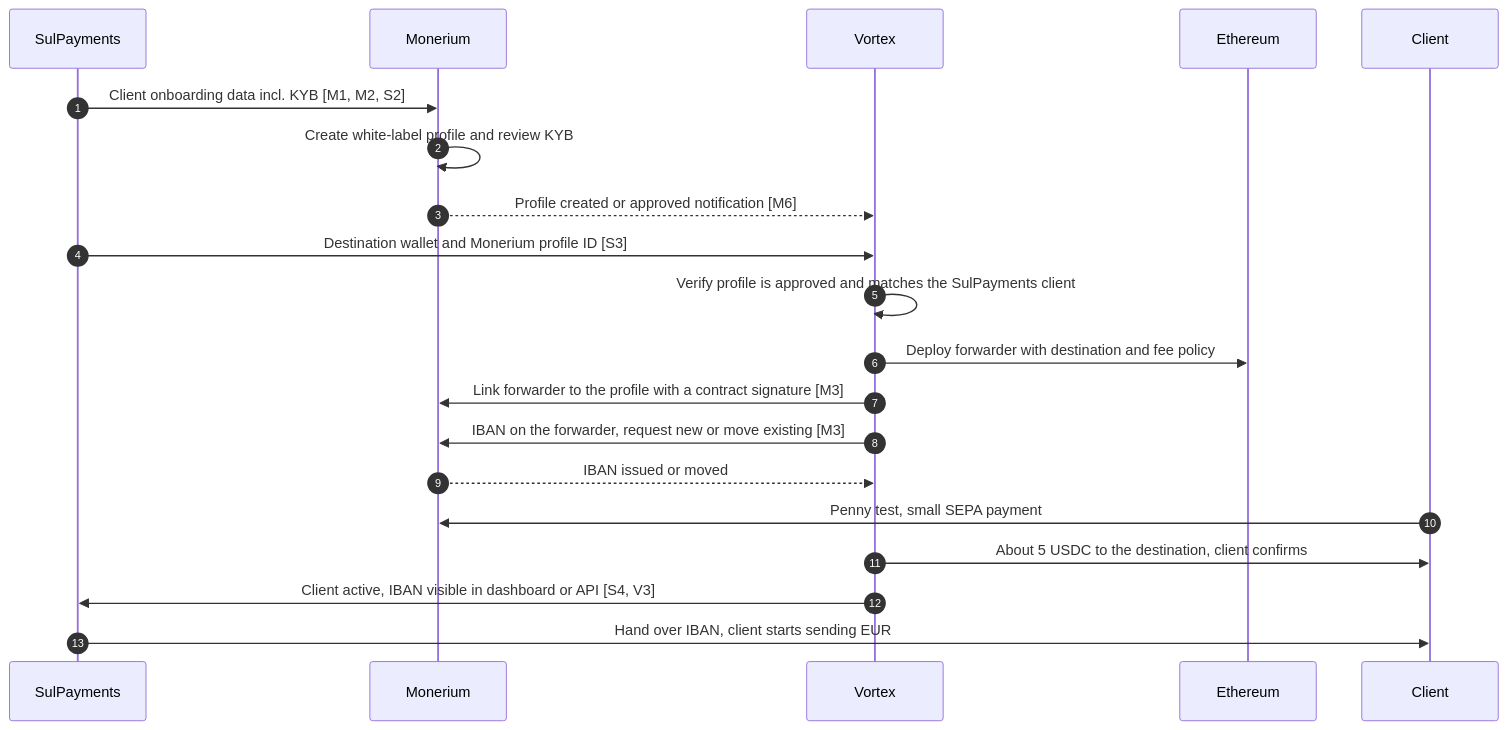
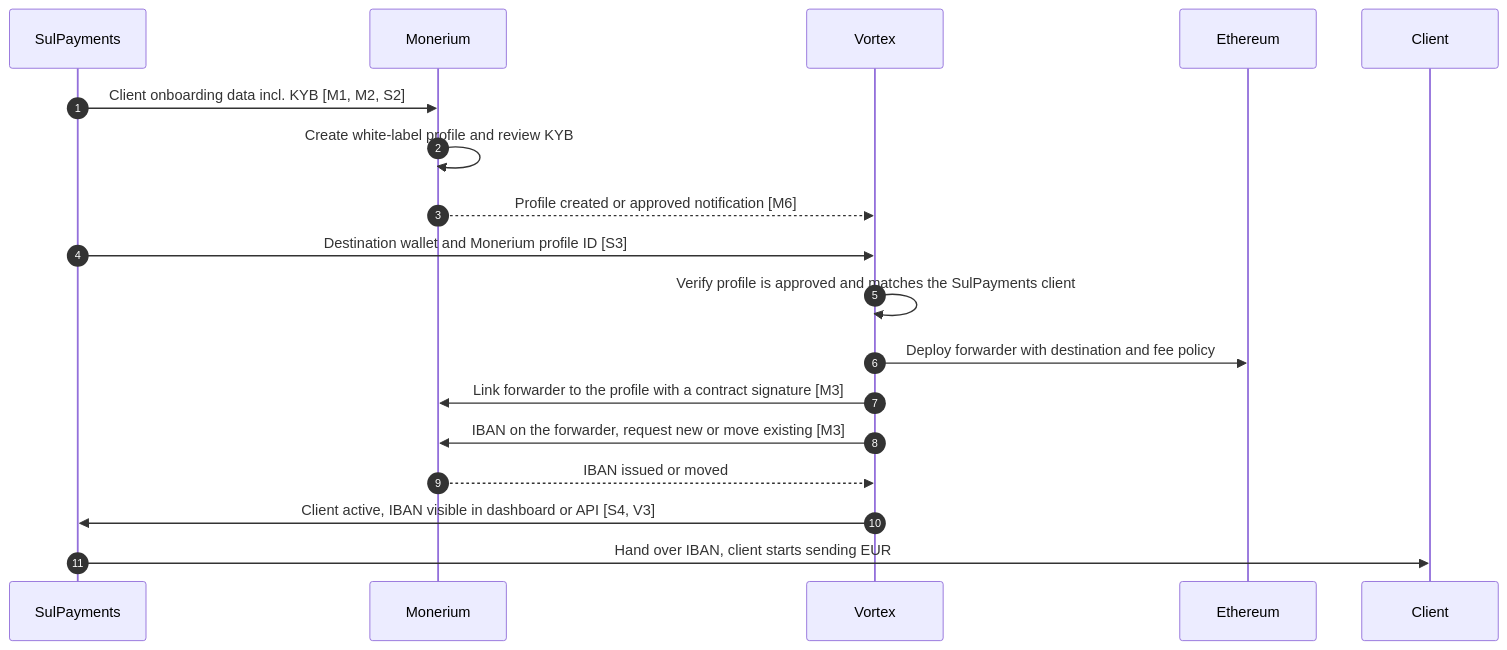
The second of 6 diagrams in docs/product-monerium-b2b-flow.md (pendulum-chain/vortex), drawn with Mermaid before and after one commit. The commit also changed other lines of this file and 7 other files, not shown here.

First line of the commit message:
docs(repo): make the Monerium B2B penny test optional

````diff
--- a/docs/product-monerium-b2b-flow.md
+++ b/docs/product-monerium-b2b-flow.md
@@ -114,23 +112,21 @@
 ```mermaid
 sequenceDiagram
     autonumber
     participant SP as SulPayments
     participant M as Monerium
     participant V as Vortex
     participant C as Ethereum
     participant CL as Client
 
     SP->>M: Client onboarding data incl. KYB [M1, M2, S2]
     M->>M: Create white-label profile and review KYB
     M-->>V: Profile created or approved notification [M6]
     SP->>V: Destination wallet and Monerium profile ID [S3]
     V->>V: Verify profile is approved and matches the SulPayments client
     V->>C: Deploy forwarder with destination and fee policy
     V->>M: Link forwarder to the profile with a contract signature [M3]
     V->>M: IBAN on the forwarder, request new or move existing [M3]
     M-->>V: IBAN issued or moved
-    CL->>M: Penny test, small SEPA payment
-    V->>CL: About 5 USDC to the destination, client confirms
     V->>SP: Client active, IBAN visible in dashboard or API [S4, V3]
     SP->>CL: Hand over IBAN, client starts sending EUR
 ```
````
